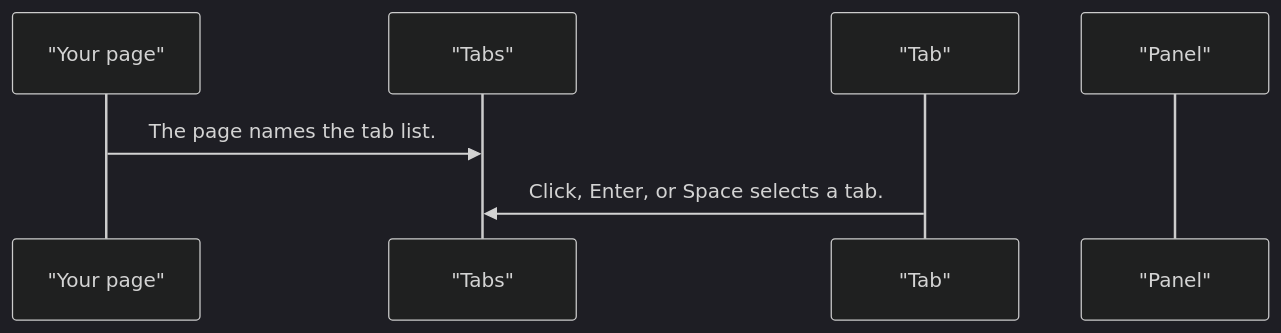
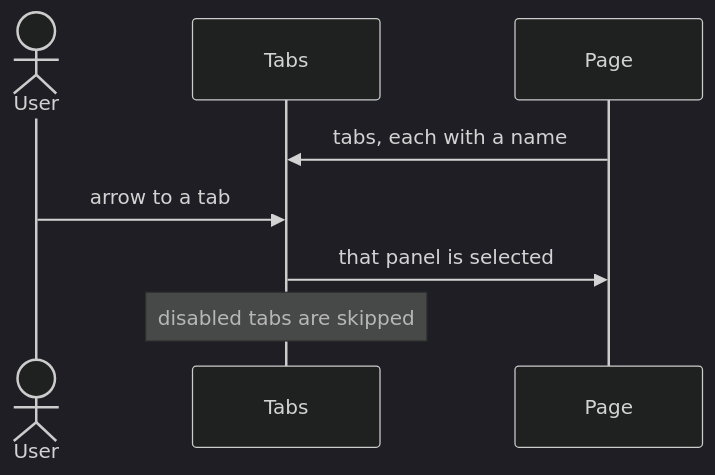
Before and after one commit to RajshekharBorate/pixel-ui: the second of 5 diagrams in projects/pixel-ui/src/lib/pixel-tabs/DESIGN.md, drawn with Mermaid (dark theme). The commit also changed other lines of this file and 73 other files, not shown here.

Commit message:
Explain who owns each value and what each flow does in every component and service design.

````diff
--- a/projects/pixel-ui/src/lib/pixel-tabs/DESIGN.md
+++ b/projects/pixel-ui/src/lib/pixel-tabs/DESIGN.md
@@ -62,9 +72,10 @@
 ```mermaid
 sequenceDiagram
-  participant page as "Your page"
-  participant tabs as "Tabs"
-  participant tab as "Tab"
-  participant panel as "Panel"
-  page->>tabs: The page names the tab list.
-  tab->>tabs: Click, Enter, or Space selects a tab.
+  actor User
+  participant Tabs
+  participant Page
+  Page->>Tabs: tabs, each with a name
+  User->>Tabs: arrow to a tab
+  Tabs->>Page: that panel is selected
+  Note over Tabs: disabled tabs are skipped
 ```
````
